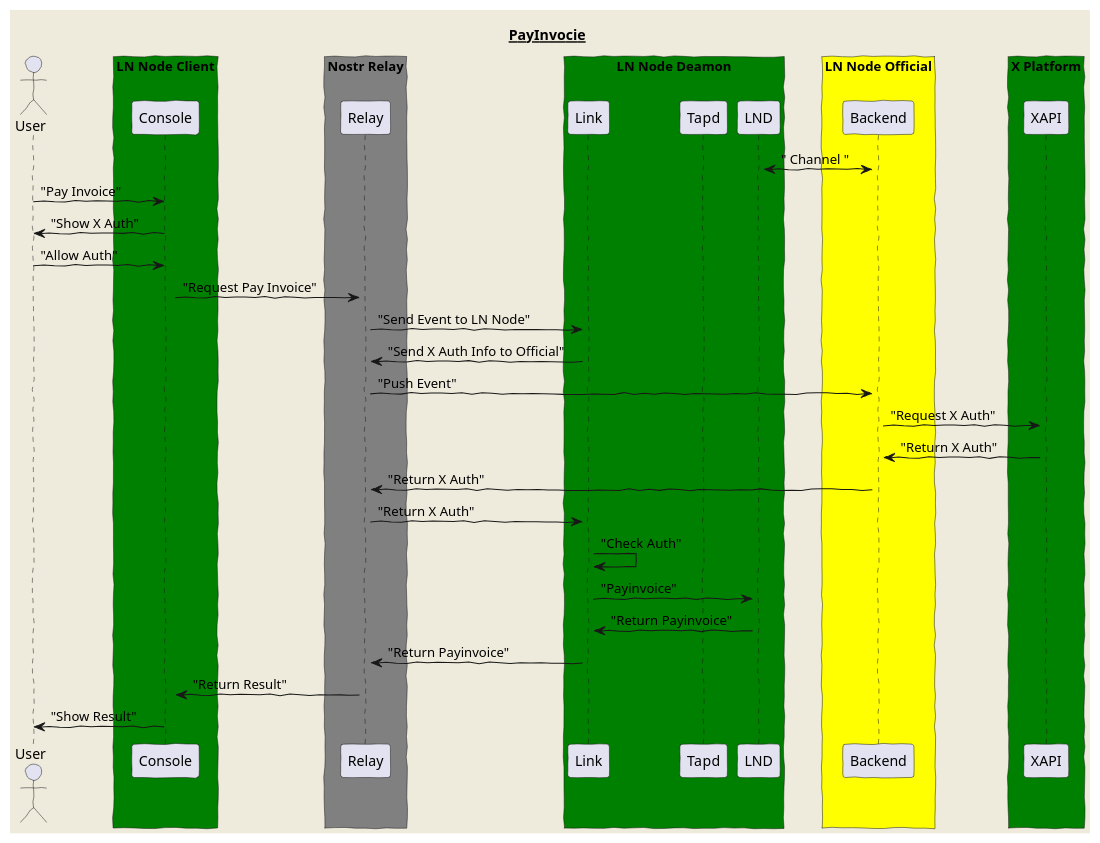
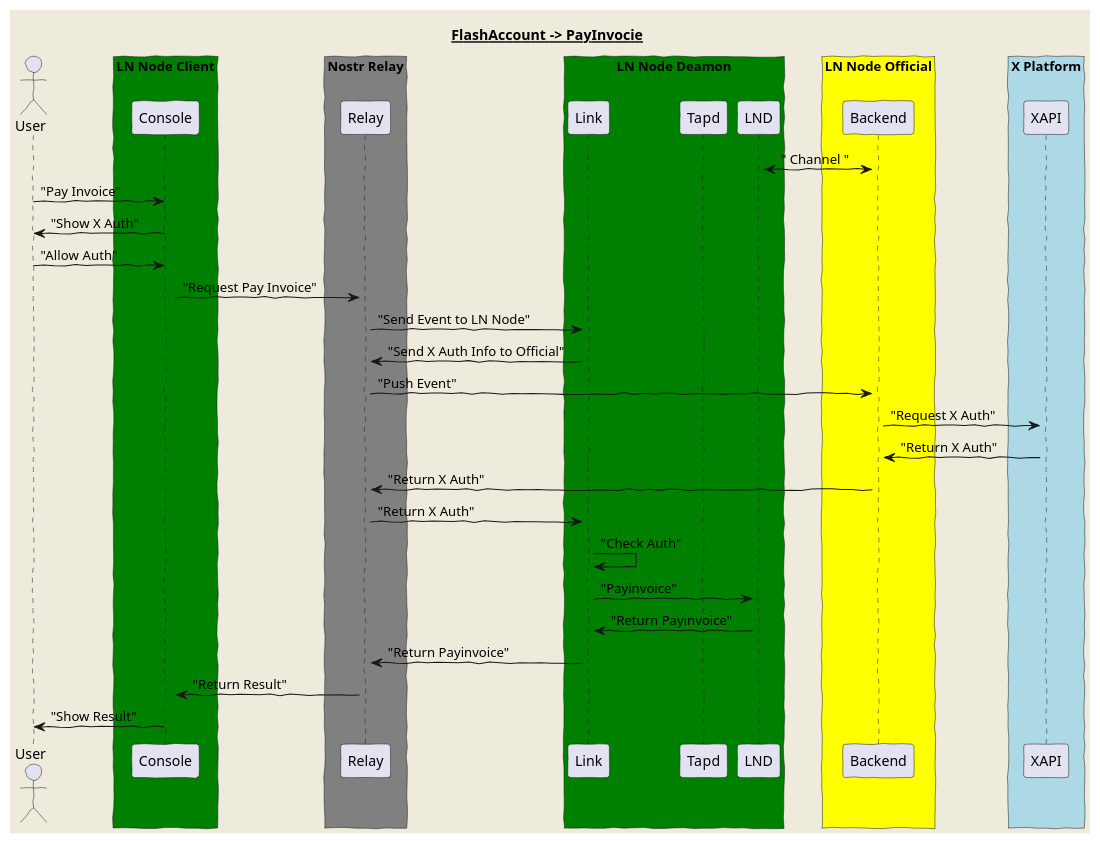
One commit to lnfi-network/ln-node changed the second of 2 diagrams in LNLink/FlashAccount.puml. Above: the diagram before and after it, drawn with PlantUML. The commit also changed other lines of this file and 3 other files, not shown here.

Commit message:
Add taproot channel supports & FlashAccount support

```diff
--- a/LNLink/FlashAccount.puml
+++ b/LNLink/FlashAccount.puml
@@ -88,52 +35,52 @@
-@startuml SetPassword
+@startuml FlashAccount_PayInvoice
 'https://plantuml.com/sequence-diagram
 skinparam backgroundColor #EEEBDC
 skinparam handwritten true
 
 title
- <u>PayInvocie</u>
+ <u>FlashAccount -> PayInvocie</u>
 end title
 actor User
 
 box "LN Node Client" #green
 activate "Console"
 end box
 
 box "Nostr Relay" #Grey
 activate "Relay"
 end box
 
 box "LN Node Deamon" #green
 activate "Console"
 activate "Link"
 activate "Tapd"
 activate "LND"
 end box
 
 box "LN Node Official" #Yellow
 activate "Backend"
 end box
 
-box "X Platform" #green
+box "X Platform" #LightBlue
 activate "XAPI"
 end box
 
 LND <-> Backend: " Channel "
 User -> Console : "Pay Invoice"
 Console -> User : "Show X Auth"
 User -> Console : "Allow Auth"
 Console -> Relay : "Request Pay Invoice"
 Relay -> Link:"Send Event to LN Node"
 Link-> Relay: "Send X Auth Info to Official"
 Relay -> Backend: "Push Event"
 Backend -> XAPI: "Request X Auth"
 XAPI -> Backend: "Return X Auth"
 Backend -> Relay: "Return X Auth"
 Relay -> Link:"Return X Auth"
 Link-> Link:"Check Auth"
 Link-> LND: "Payinvoice"
 LND -> Link:"Return Payinvoice"
 Link-> Relay: "Return Payinvoice"
 Relay -> Console: "Return Result"
 Console -> User: "Show Result"
 @enduml
```
